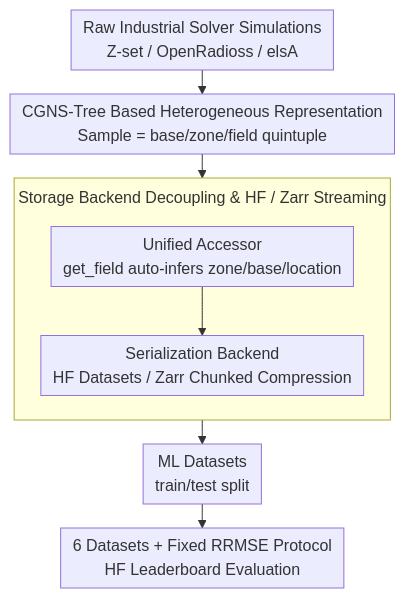
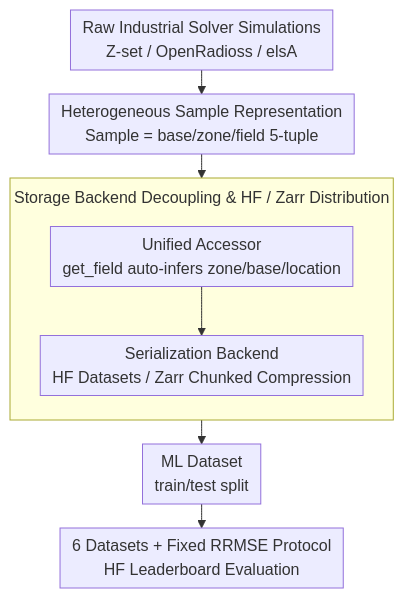
One commit to zhaoyang97/Paper-Notes-en changed the diagram in docs/ICML2026/3d_vision/plaid_a_unified_data_model_for_machine_learning_on_heterogeneous_physics_simulat.md. Above: the diagram before and after it, drawn with Mermaid. The commit also changed other lines of this file and 5084 other files, not shown here.

````diff
--- a/docs/ICML2026/3d_vision/plaid_a_unified_data_model_for_machine_learning_on_heterogeneous_physics_simulat.md
+++ b/docs/ICML2026/3d_vision/plaid_a_unified_data_model_for_machine_learning_on_heterogeneous_physics_simulat.md
@@ -45,12 +45,12 @@
 ```mermaid
 %%{init: {'flowchart': {'rankSpacing': 24, 'nodeSpacing': 28, 'padding': 6, 'wrappingWidth': 400, 'subGraphTitleMargin': {'top': 8, 'bottom': 16}}}}%%
 flowchart TD
-    A["Raw Industrial Solver Simulations<br/>Z-set / OpenRadioss / elsA"] --> B["CGNS-Tree Based Heterogeneous Representation<br/>Sample = base/zone/field quintuple"]
-    subgraph LIB["Storage Backend Decoupling & HF / Zarr Streaming"]
+    A["Raw Industrial Solver Simulations<br/>Z-set / OpenRadioss / elsA"] --> B["Heterogeneous Sample Representation<br/>Sample = base/zone/field 5-tuple"]
+    subgraph LIB["Storage Backend Decoupling & HF / Zarr Distribution"]
         direction TB
         C["Unified Accessor<br/>get_field auto-infers zone/base/location"] --> D["Serialization Backend<br/>HF Datasets / Zarr Chunked Compression"]
     end
     B --> LIB
-    LIB --> E["ML Datasets<br/>train/test split"]
+    LIB --> E["ML Dataset<br/>train/test split"]
     E --> F["6 Datasets + Fixed RRMSE Protocol<br/>HF Leaderboard Evaluation"]
 ```
````
